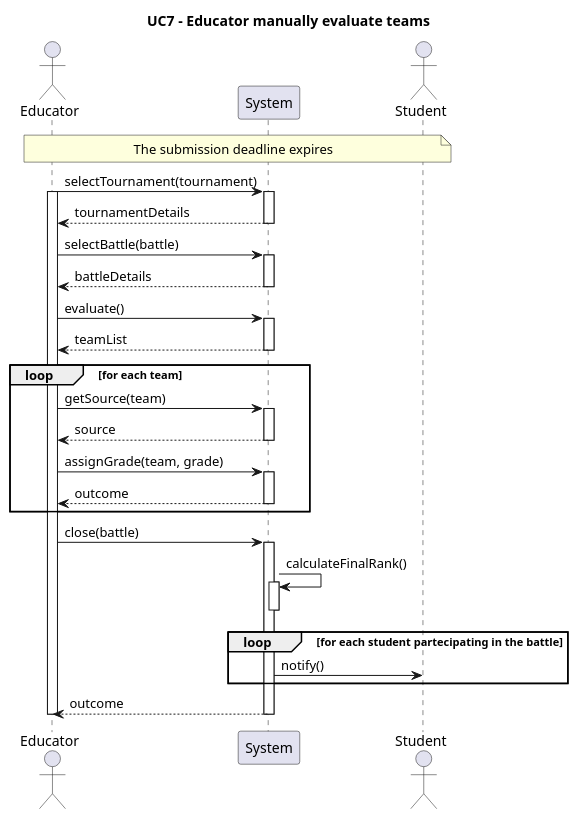
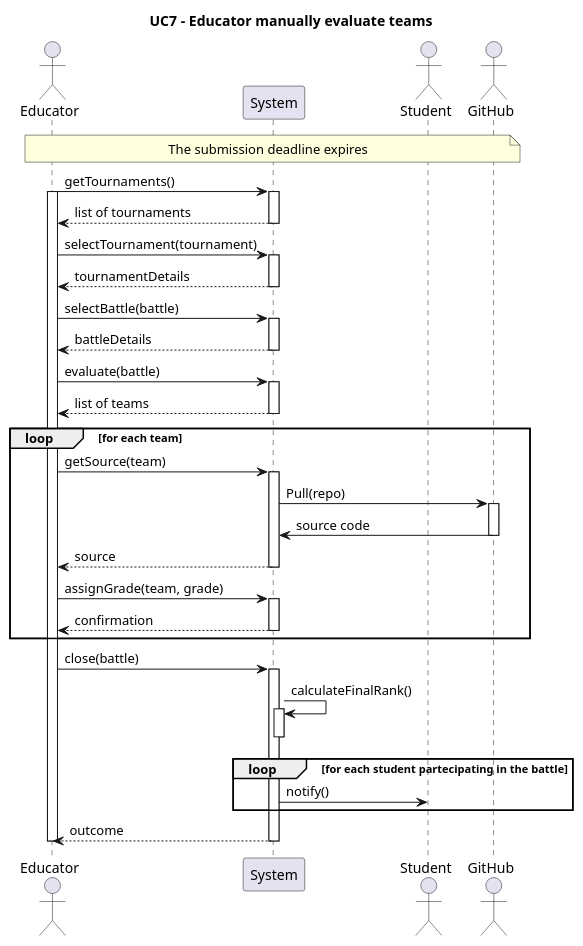
The diagram in rasd/puml/UC7.puml (Furrrlo/CodeKataBattle), drawn with PlantUML before and after one commit. The commit also changed 7 other files, not shown here.

Commit message:
Fixed Entry and Flow for each Use Case wrt specs

```diff
--- a/rasd/puml/UC7.puml
+++ b/rasd/puml/UC7.puml
@@ -1,40 +1,49 @@
 @startuml UC7
 title UC7 - Educator manually evaluate teams    
 actor Educator
 participant System
 actor Student
+actor GitHub
 
 note across: The submission deadline expires
 
+
+Educator -> System ++: getTournaments()
+activate Educator
+System --> Educator--: list of tournaments
+
+
+
 Educator -> System ++ : selectTournament(tournament)
-activate Educator
 Educator <-- System -- : tournamentDetails
 
 Educator -> System ++ : selectBattle(battle)
 Educator <-- System -- : battleDetails
 
-Educator -> System ++ : evaluate()
-Educator <-- System -- : teamList
+Educator -> System ++ : evaluate(battle)
+Educator <-- System -- : list of teams
 
 loop for each team
     Educator -> System ++ : getSource(team)
+    System -> GitHub ++: Pull(repo)
+    System <- GitHub --: source code
     Educator <-- System -- : source
 
     Educator -> System ++ : assignGrade(team, grade)
-    Educator <-- System -- : outcome
+    Educator <-- System -- : confirmation
 end
 
 Educator -> System ++ : close(battle)
 
 System -> System ++ : calculateFinalRank()
 deactivate System
 
 loop for each student partecipating in the battle
     System -> Student : notify()
 end
 
 
 
 Educator <-- System -- : outcome
 deactivate Educator
 @enduml
```
